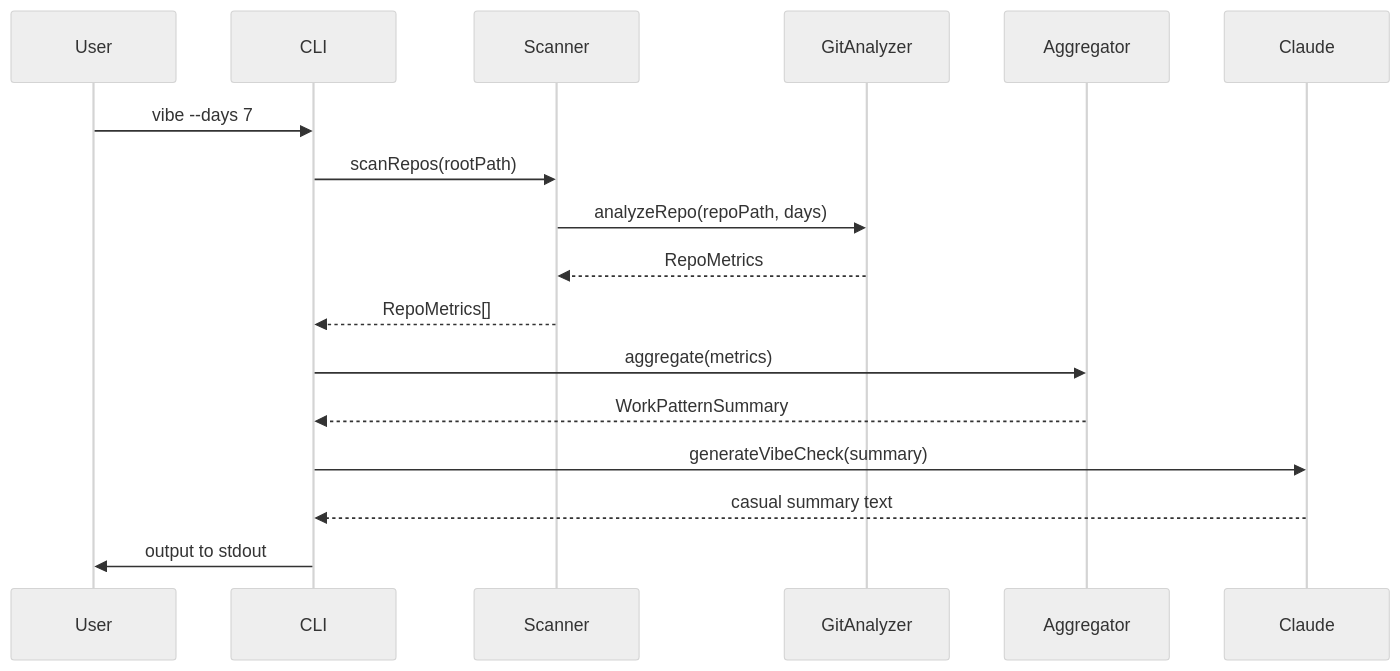
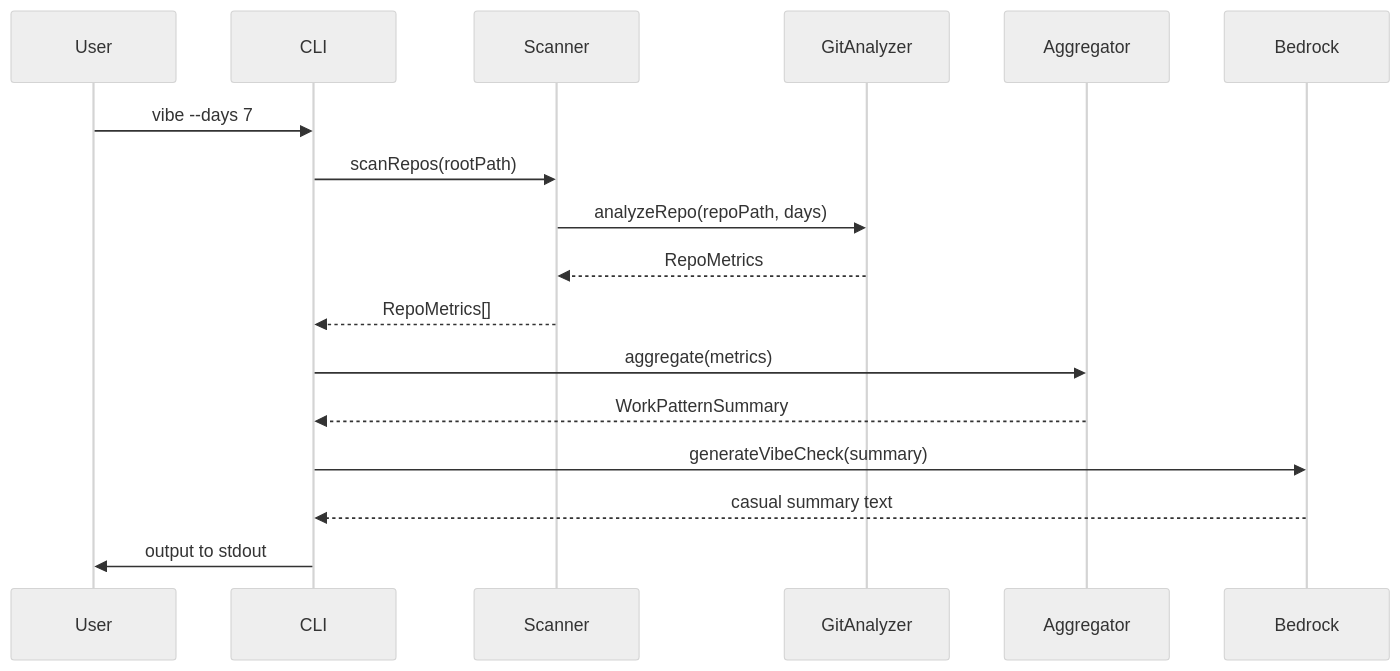
The second of 2 diagrams in .kiro/specs/vibe-cli/design.md (slittycode/vibe), drawn with Mermaid (neutral theme) before and after one commit. The commit also changed other lines of this file and 18 other files, not shown here.

````diff
--- a/.kiro/specs/vibe-cli/design.md
+++ b/.kiro/specs/vibe-cli/design.md
@@ -25,20 +25,20 @@
 ```mermaid
 sequenceDiagram
     participant User
     participant CLI
     participant Scanner
     participant GitAnalyzer
     participant Aggregator
-    participant Claude
+    participant Bedrock
     
     User->>CLI: vibe --days 7
     CLI->>Scanner: scanRepos(rootPath)
     Scanner->>GitAnalyzer: analyzeRepo(repoPath, days)
     GitAnalyzer-->>Scanner: RepoMetrics
     Scanner-->>CLI: RepoMetrics[]
     CLI->>Aggregator: aggregate(metrics)
     Aggregator-->>CLI: WorkPatternSummary
-    CLI->>Claude: generateVibeCheck(summary)
-    Claude-->>CLI: casual summary text
+    CLI->>Bedrock: generateVibeCheck(summary)
+    Bedrock-->>CLI: casual summary text
     CLI->>User: output to stdout
 ```
````
